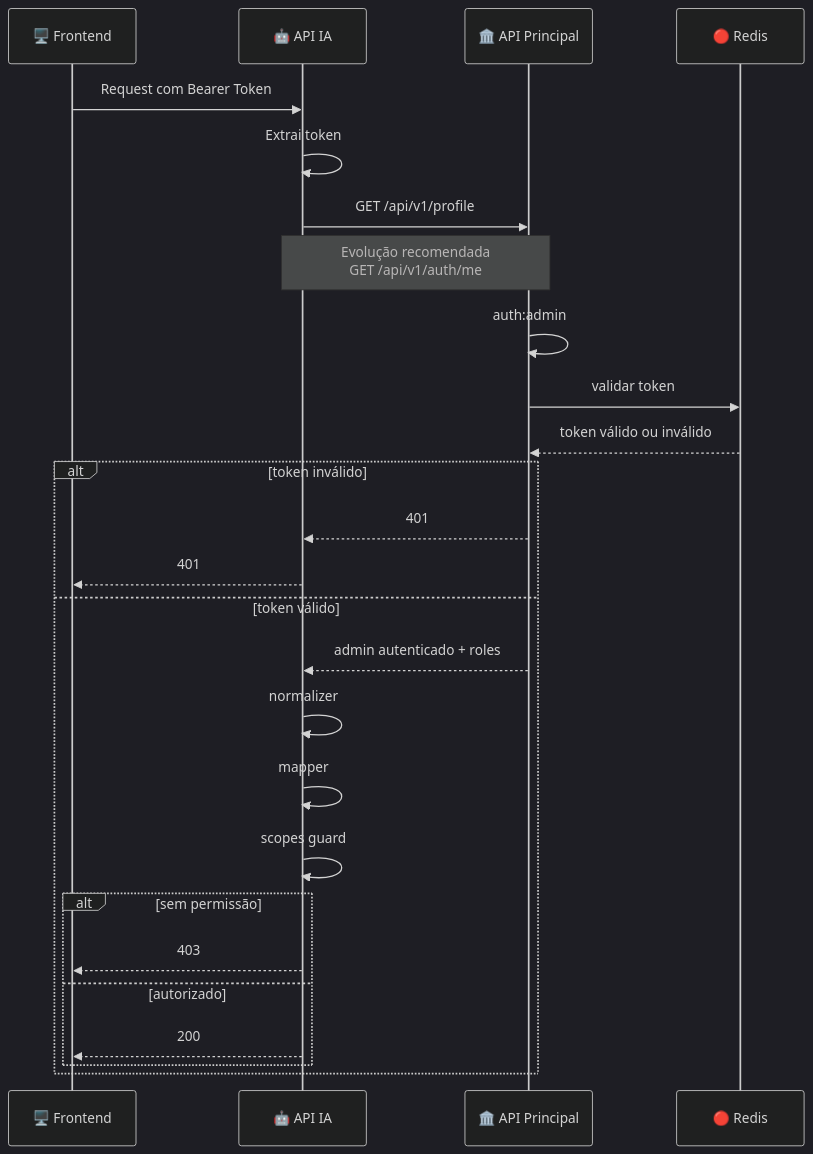
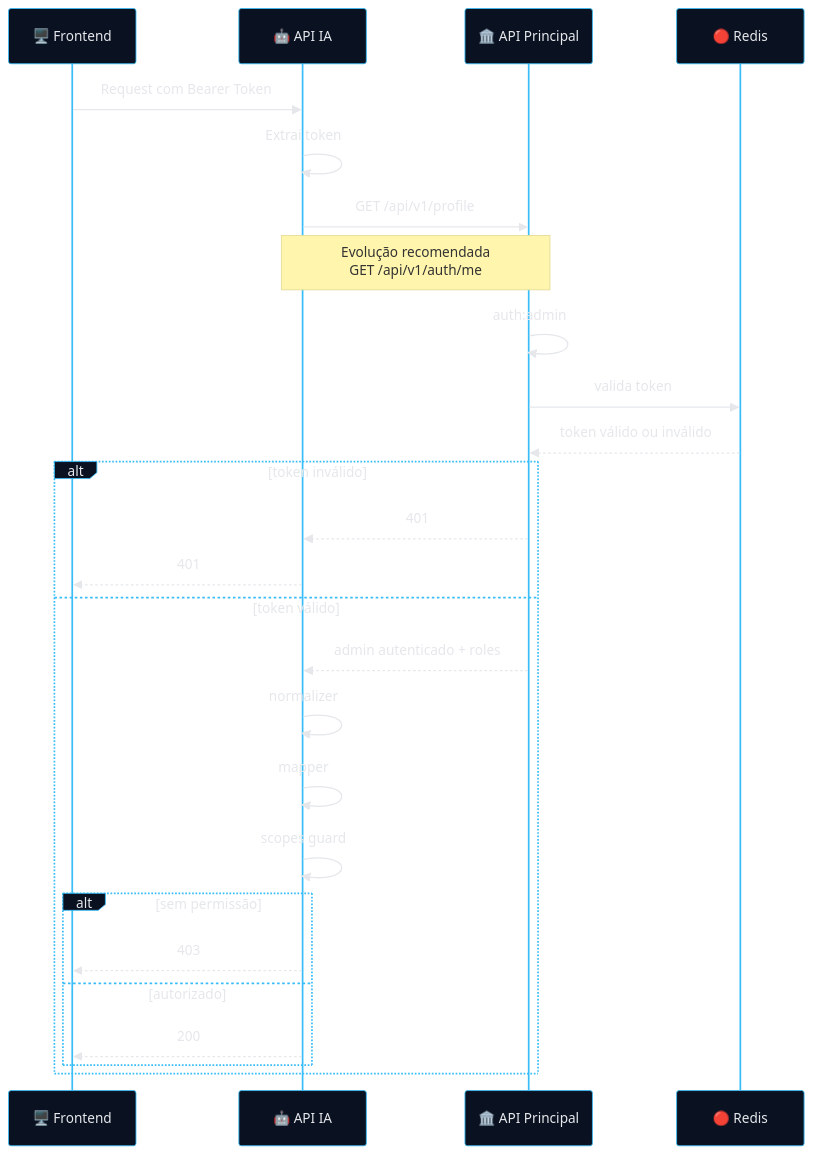
The fifth of 10 diagrams in RFC-0001-Auth.md (matheusdiamantino-betalent/IA), drawn with Mermaid before and after one commit. The commit also changed other lines of this file, not shown here.

````diff
--- a/RFC-0001-Auth.md
+++ b/RFC-0001-Auth.md
@@ -476,41 +473,40 @@
 ```mermaid
-%%{init: {'theme':'dark','themeVariables': {
+%%{init: {'theme':'base','themeVariables': {
   'background':'#020617',
-  'primaryColor':'#0f172a',
-  'primaryTextColor':'#e2e8f0',
+  'primaryColor':'#0a1120',
+  'primaryTextColor':'#e5e7eb',
   'primaryBorderColor':'#38bdf8',
-  'lineColor':'#7dd3fc',
-  'secondaryColor':'#111827',
-  'tertiaryColor':'#1e293b',
-  'fontFamily':'Inter, Segoe UI, Arial',
-  'fontSize':'16px'
+  'lineColor':'#67e8f9',
+  'secondaryColor':'#0b1220',
+  'tertiaryColor':'#111827',
+  'fontFamily':'Inter, Segoe UI, Arial'
 }}}%%
 sequenceDiagram
     participant F as 🖥️ Frontend
     participant I as 🤖 API IA
     participant P as 🏛️ API Principal
     participant R as 🔴 Redis
 
     F->>I: Request com Bearer Token
     I->>I: Extrai token
     I->>P: GET /api/v1/profile
     Note over I,P: Evolução recomendada<br/>GET /api/v1/auth/me
     P->>P: auth:admin
-    P->>R: validar token
+    P->>R: valida token
     R-->>P: token válido ou inválido
 
     alt token inválido
         P-->>I: 401
         I-->>F: 401
     else token válido
         P-->>I: admin autenticado + roles
         I->>I: normalizer
         I->>I: mapper
         I->>I: scopes guard
         alt sem permissão
             I-->>F: 403
         else autorizado
             I-->>F: 200
         end
     end
 ```
````
